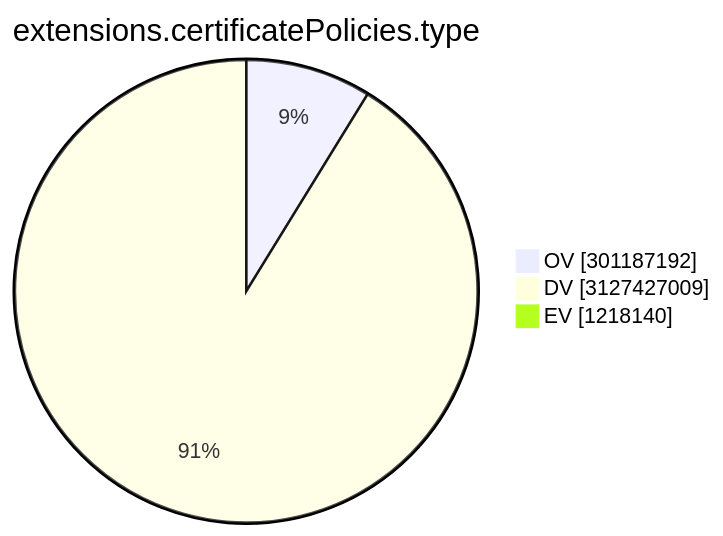
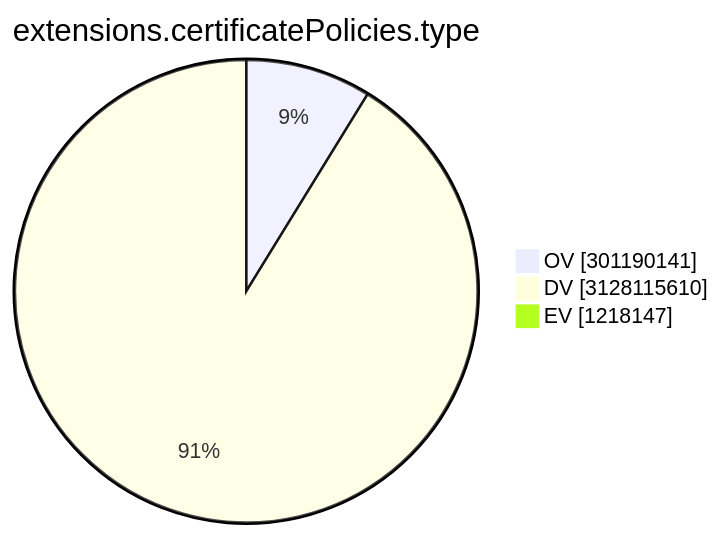
One commit to christiankrug/ctmonitor_visualization changed the ninth of 15 diagrams in TOTAL/README.md. Above: the diagram before and after it, drawn with Mermaid. The commit also changed other lines of this file, not shown here.

````diff
--- a/TOTAL/README.md
+++ b/TOTAL/README.md
@@ -3104,7 +3104,7 @@
 ```mermaid
 pie showData
 title extensions.certificatePolicies.type
-"OV" :301187192
-"DV" :3127427009
-"EV" :1218140
+"OV" :301190141
+"DV" :3128115610
+"EV" :1218147
 ```
````
